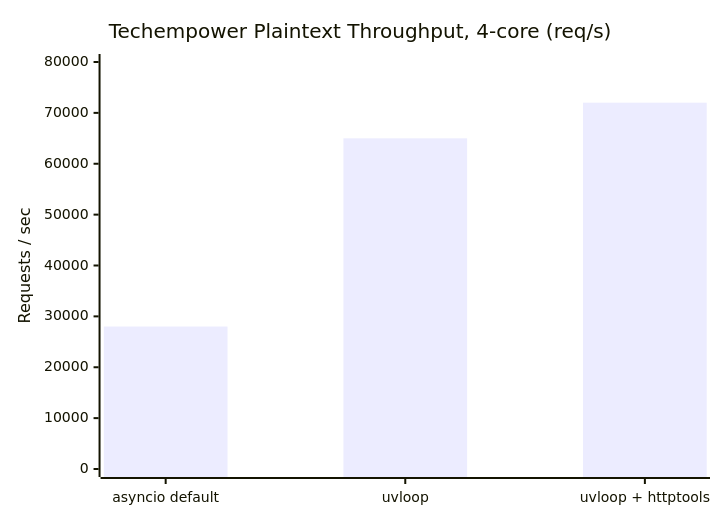
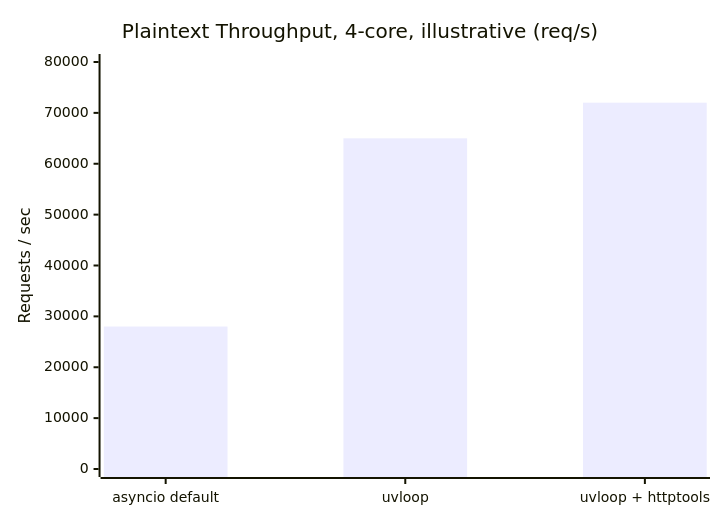
The fifth of 6 diagrams in src/main/java/com/rutik/systemdesign/fastapi/production_deployment_and_scaling/README.md (rppol/system-design), drawn with Mermaid before and after one commit. The commit also changed other lines of this file and 3 other files, not shown here.

````diff
--- a/src/main/java/com/rutik/systemdesign/fastapi/production_deployment_and_scaling/README.md
+++ b/src/main/java/com/rutik/systemdesign/fastapi/production_deployment_and_scaling/README.md
@@ -336,7 +343,7 @@
 ```mermaid
 xychart-beta
-    title "Techempower Plaintext Throughput, 4-core (req/s)"
+    title "Plaintext Throughput, 4-core, illustrative (req/s)"
     x-axis ["asyncio default", "uvloop", "uvloop + httptools"]
     y-axis "Requests / sec" 0 --> 80000
     bar [28000, 65000, 72000]
 ```
````
